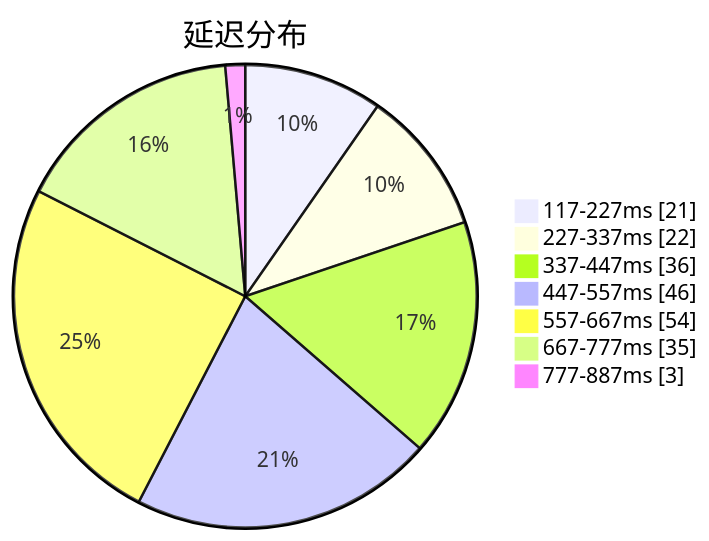
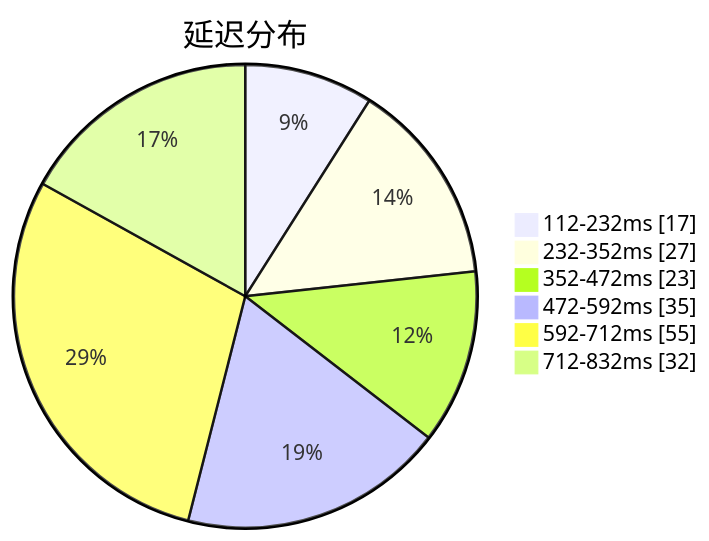
Before and after one commit to sinspired/airport: the first of 3 diagrams in subs/statistics/tested_within.md, drawn with Mermaid. The commit also changed other lines of this file and 2 other files, not shown here.

````diff
--- a/subs/statistics/tested_within.md
+++ b/subs/statistics/tested_within.md
@@ -2,11 +2,10 @@
 ```mermaid
 pie showData
 title 延迟分布
-"117-227ms" : 21
-"227-337ms" : 22
-"337-447ms" : 36
-"447-557ms" : 46
-"557-667ms" : 54
-"667-777ms" : 35
-"777-887ms" : 3
+"112-232ms" : 17
+"232-352ms" : 27
+"352-472ms" : 23
+"472-592ms" : 35
+"592-712ms" : 55
+"712-832ms" : 32
 ```
````
